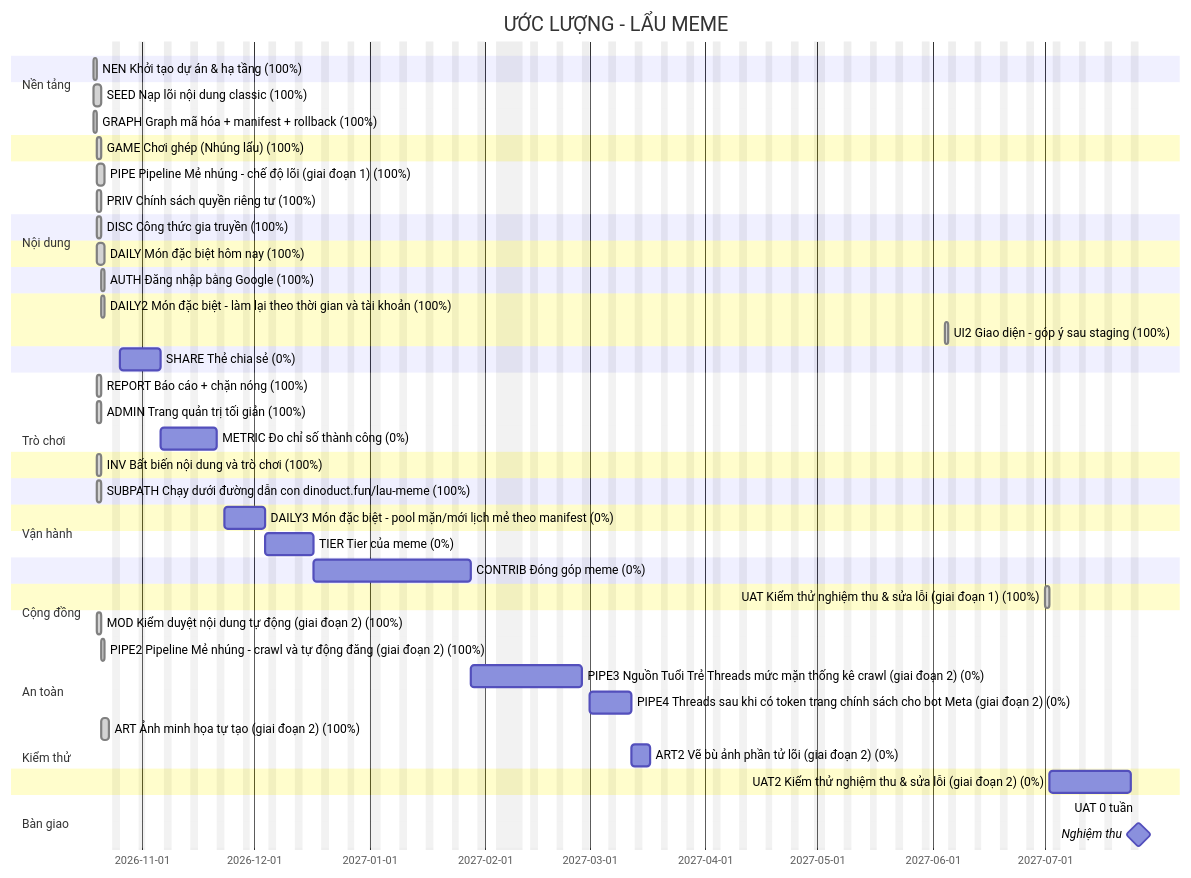
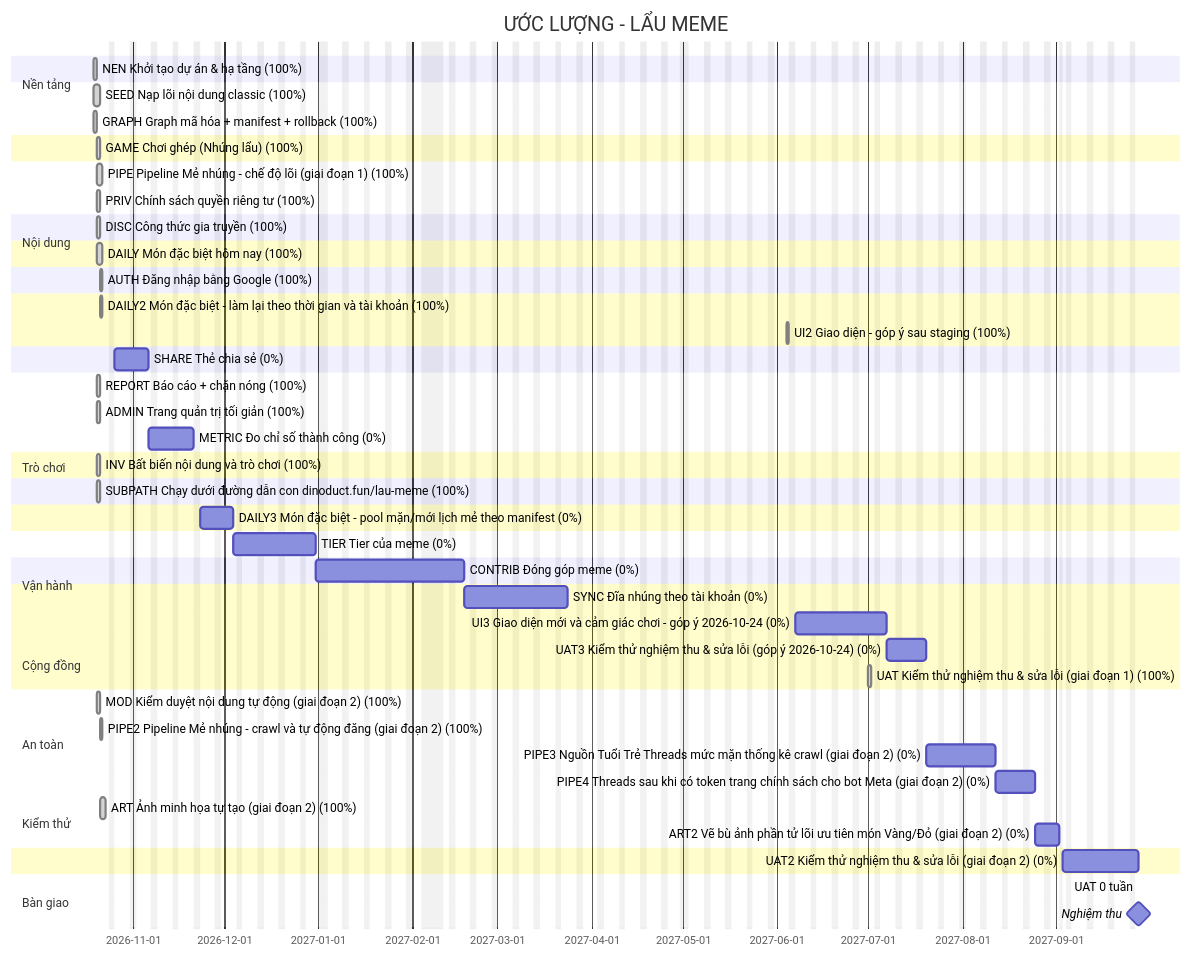
Before and after one commit to thucnq/lau-meme: the diagram in docs/plan/gantt.md, drawn with Mermaid. The commit also changed other lines of this file and 6 other files, not shown here.

````diff
--- a/docs/plan/gantt.md
+++ b/docs/plan/gantt.md
@@ -5,58 +5,62 @@
 ```mermaid
 gantt
     title ƯỚC LƯỢNG - LẨU MEME
     dateFormat YYYY-MM-DD
     excludes weekends, 2027-01-01, 2027-02-04, 2027-02-05, 2027-02-06, 2027-02-07, 2027-02-08, 2027-02-09, 2027-02-10, 2027-04-30, 2027-05-01, 2027-09-02
     todayMarker stroke-width:2px,stroke:#d33
     section Nền tảng
     NEN Khởi tạo dự án & hạ tầng (100%) :done, NEN, 2026-10-19, 1d
     section Nội dung
     SEED Nạp lõi nội dung classic (100%) :done, SEED, 2026-10-19, 2d
     GRAPH Graph mã hóa + manifest + rollback (100%) :done, GRAPH, 2026-10-19, 1d
     section Trò chơi
     GAME Chơi ghép (Nhúng lẩu) (100%) :done, GAME, 2026-10-20, 1d
     section Nội dung
     PIPE Pipeline Mẻ nhúng - chế độ lõi (giai đoạn 1) (100%) :done, PIPE, 2026-10-20, 2d
     section Vận hành
     PRIV Chính sách quyền riêng tư (100%) :done, PRIV, 2026-10-20, 1d
     section Cộng đồng
     DISC Công thức gia truyền (100%) :done, DISC, 2026-10-20, 1d
     section Trò chơi
     DAILY Món đặc biệt hôm nay (100%) :done, DAILY, 2026-10-20, 2d
     section Cộng đồng
     AUTH Đăng nhập bằng Google (100%) :done, AUTH, 2026-10-21, 1d
     section Trò chơi
     DAILY2 Món đặc biệt - làm lại theo thời gian và tài khoản (100%) :done, DAILY2, 2026-10-21, 1d
     UI2 Giao diện - góp ý sau staging (100%) :done, UI2, 2027-06-04, 1d
     section Cộng đồng
     SHARE Thẻ chia sẻ (0%) :SHARE, 2026-10-26, 9d
     section An toàn
     REPORT Báo cáo + chặn nóng (100%) :done, REPORT, 2026-10-20, 1d
     ADMIN Trang quản trị tối giản (100%) :done, ADMIN, 2026-10-20, 1d
     section Vận hành
     METRIC Đo chỉ số thành công (0%) :METRIC, 2026-11-06, 11d
     section Kiểm thử
     INV Bất biến nội dung và trò chơi (100%) :done, INV, 2026-10-20, 1d
     section Nền tảng
     SUBPATH Chạy dưới đường dẫn con dinoduct.fun/lau-meme (100%) :done, SUBPATH, 2026-10-20, 1d
     section Trò chơi
     DAILY3 Món đặc biệt - pool mặn/mới  lịch mẻ theo manifest (0%) :DAILY3, 2026-11-23, 9d
     section Nội dung
-    TIER Tier của meme (0%) :TIER, 2026-12-04, 9d
+    TIER Tier của meme (0%) :TIER, 2026-12-04, 19d
     section Cộng đồng
-    CONTRIB Đóng góp meme (0%) :CONTRIB, 2026-12-17, 29d
+    CONTRIB Đóng góp meme (0%) :CONTRIB, 2026-12-31, 29d
+    section Trò chơi
+    SYNC Đĩa nhúng theo tài khoản (0%) :SYNC, 2027-02-18, 24d
+    UI3 Giao diện mới và cảm giác chơi - góp ý 2026-10-24 (0%) :UI3, 2027-06-07, 22d
     section Kiểm thử
+    UAT3 Kiểm thử nghiệm thu & sửa lỗi (góp ý 2026-10-24) (0%) :UAT3, 2027-07-07, 9d
     UAT Kiểm thử nghiệm thu & sửa lỗi (giai đoạn 1) (100%) :done, UAT, 2027-07-01, 1d
     section Nội dung
     MOD Kiểm duyệt nội dung tự động (giai đoạn 2) (100%) :done, MOD, 2026-10-20, 1d
     PIPE2 Pipeline Mẻ nhúng - crawl và tự động đăng (giai đoạn 2) (100%) :done, PIPE2, 2026-10-21, 1d
-    PIPE3 Nguồn Tuổi Trẻ  Threads  mức mặn  thống kê crawl (giai đoạn 2) (0%) :PIPE3, 2027-01-28, 17d
-    PIPE4 Threads sau khi có token  trang chính sách cho bot Meta (giai đoạn 2) (0%) :PIPE4, 2027-03-01, 9d
+    PIPE3 Nguồn Tuổi Trẻ  Threads  mức mặn  thống kê crawl (giai đoạn 2) (0%) :PIPE3, 2027-07-20, 17d
+    PIPE4 Threads sau khi có token  trang chính sách cho bot Meta (giai đoạn 2) (0%) :PIPE4, 2027-08-12, 9d
     ART Ảnh minh họa tự tạo (giai đoạn 2) (100%) :done, ART, 2026-10-21, 2d
-    ART2 Vẽ bù ảnh phần tử lõi (giai đoạn 2) (0%) :ART2, 2027-03-12, 3d
+    ART2 Vẽ bù ảnh phần tử lõi  ưu tiên món Vàng/Đỏ (giai đoạn 2) (0%) :ART2, 2027-08-25, 6d
     section Kiểm thử
-    UAT2 Kiểm thử nghiệm thu & sửa lỗi (giai đoạn 2) (0%) :UAT2, 2027-07-02, 16d
+    UAT2 Kiểm thử nghiệm thu & sửa lỗi (giai đoạn 2) (0%) :UAT2, 2027-09-03, 17d
     section Bàn giao
-    UAT 0 tuần :uat, 2027-07-26, 0d
-    Nghiệm thu :milestone, 2027-07-26, 0d
+    UAT 0 tuần :uat, 2027-09-28, 0d
+    Nghiệm thu :milestone, 2027-09-28, 0d
 ```
````
